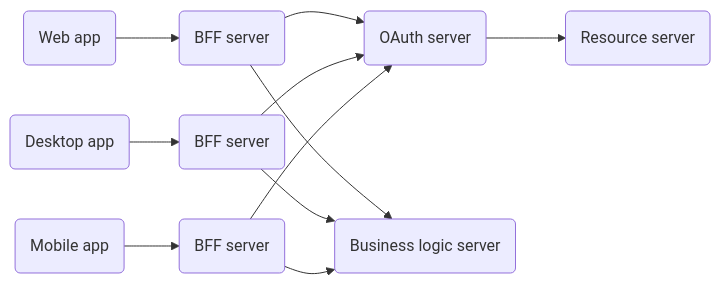
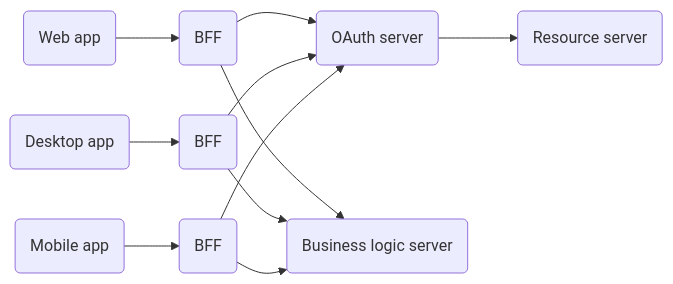
The seventh of 7 diagrams in astro/src/content/articles/authentication/bff.mdx (FusionAuth/fusionauth-site), drawn with Mermaid before and after one commit. The commit also changed other lines of this file, not shown here.

````diff
--- a/astro/src/content/articles/authentication/bff.mdx
+++ b/astro/src/content/articles/authentication/bff.mdx
@@ -198,13 +202,13 @@
 ```mermaid
 graph LR
-	wa("Web app")--> ws("BFF server")
-	ma("Mobile app")--> wsm("BFF server")
-	da("Desktop app")--> wsd("BFF server")
+	wa("Web app")--> ws("BFF")
+	ma("Mobile app")--> wsm("BFF")
+	da("Desktop app")--> wsd("BFF ")
 	ws --> os("OAuth server")
 	wsd --> os
 	wsm --> os
 	os --> rs(Resource server)
 	ws --> bsl("Business logic server")
 	wsd --> bsl("Business logic server")
 	wsm --> bsl("Business logic server")
 ```
````
